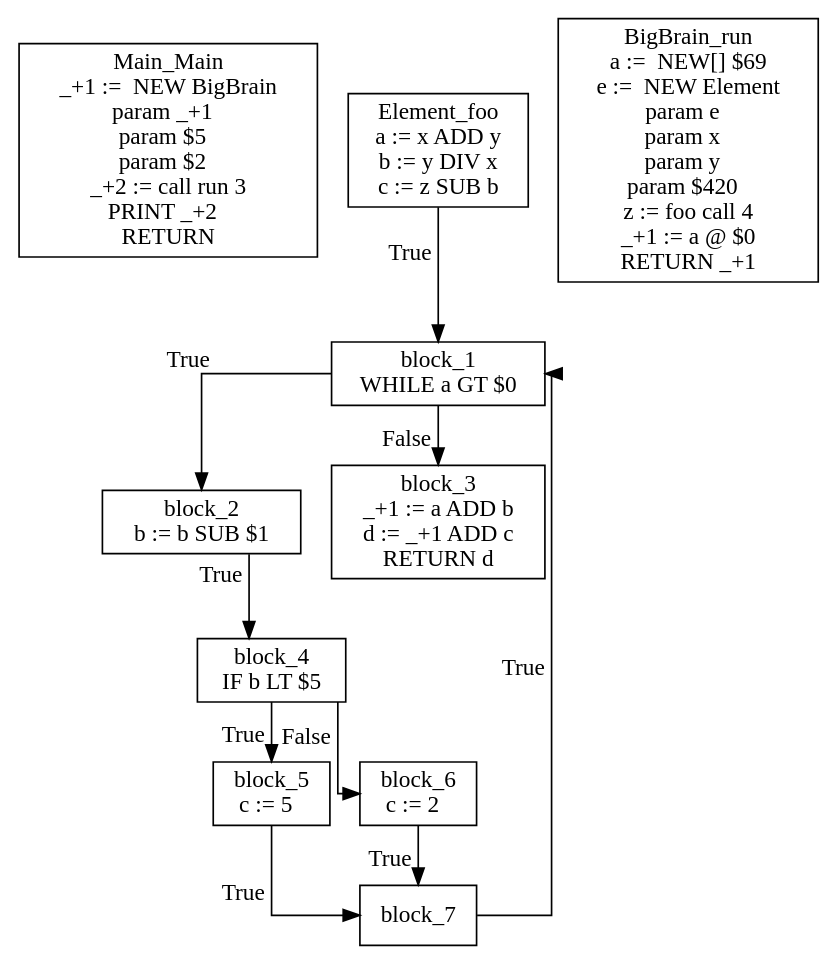
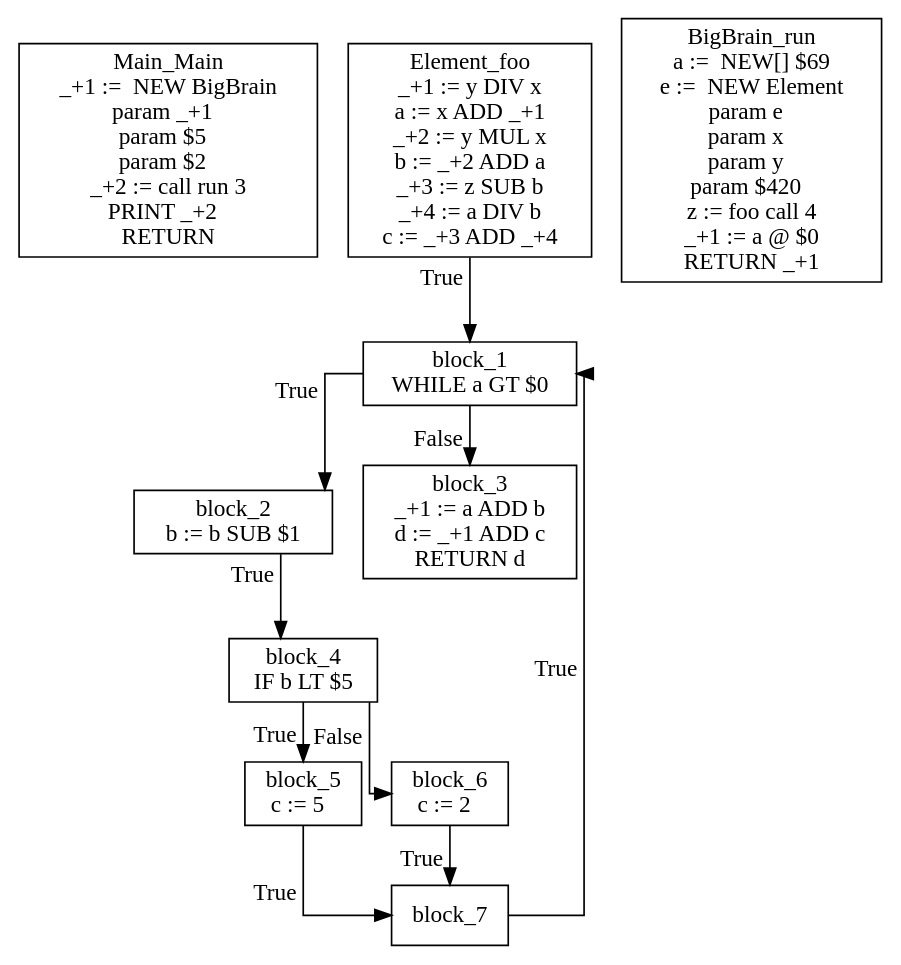
Before and after one commit to AvanaPY/DV1655_Lab1: the diagram in dot.dot, drawn with Graphviz. The commit also changed 2 other files, not shown here.

```diff
--- a/dot.dot
+++ b/dot.dot
@@ -1,23 +1,23 @@
 digraph {
   graph [splines=ortho]
   node [shape=box]
   Main_Main [label="Main_Main\n_+1 :=  NEW BigBrain\nparam _+1  \nparam $5  \nparam $2  \n_+2 := call run 3\nPRINT _+2  \nRETURN \n"];
-  Element_foo [label="Element_foo\na := x ADD y\nb := y DIV x\nc := z SUB b\n"];
+  Element_foo [label="Element_foo\n_+1 := y DIV x\na := x ADD _+1\n_+2 := y MUL x\nb := _+2 ADD a\n_+3 := z SUB b\n_+4 := a DIV b\nc := _+3 ADD _+4\n"];
   Element_foo -> block_1[xlabel="True"];
   block_1 [label="block_1\nWHILE a GT $0\n"];
   block_1 -> block_2[xlabel="True"];
   block_2 [label="block_2\nb := b SUB $1\n"];
   block_2 -> block_4[xlabel="True"];
   block_4 [label="block_4\nIF b LT $5\n"];
   block_4 -> block_5[xlabel="True"];
   block_5 [label="block_5\nc := 5  \n"];
   block_5 -> block_7[xlabel="True"];
   block_7 [label="block_7\n"];
   block_7 -> block_1[xlabel="True"];
   block_4 -> block_6[xlabel="False"];
   block_6 [label="block_6\nc := 2  \n"];
   block_6 -> block_7[xlabel="True"];
   block_1 -> block_3[xlabel="False"];
   block_3 [label="block_3\n_+1 := a ADD b\nd := _+1 ADD c\nRETURN d\n"];
   BigBrain_run [label="BigBrain_run\na :=  NEW[] $69\ne :=  NEW Element\nparam e  \nparam x  \nparam y  \nparam $420  \nz := foo call 4\n_+1 := a @ $0\nRETURN _+1\n"];
 }
```
